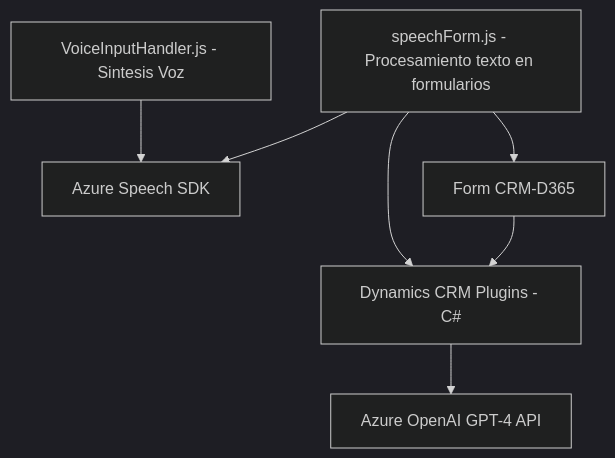
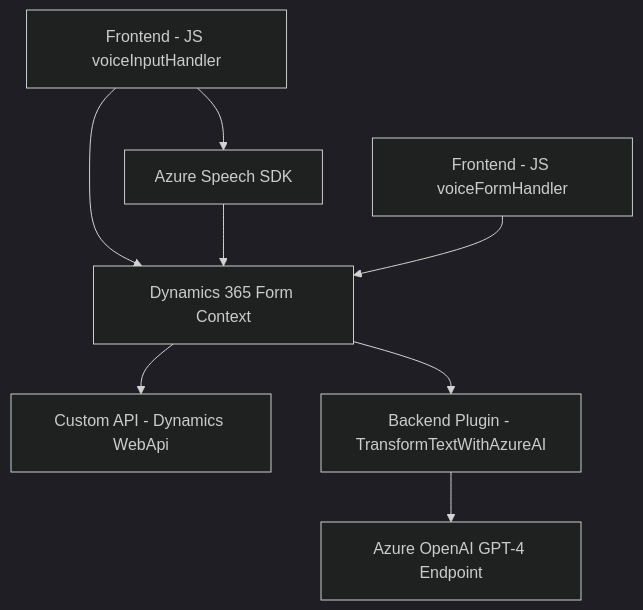
One commit to blopezdm/NETCORE_BILBAO2025 changed the diagram in README.md. Above: the diagram before and after it, drawn with Mermaid (dark theme). The commit also changed other lines of this file, not shown here.

````diff
--- a/README.md
+++ b/README.md
@@ -29,16 +40,10 @@
 ```mermaid
 graph TD
-    A["VoiceInputHandler.js - Sintesis Voz"]
-    B["speechForm.js - Procesamiento texto en formularios"]
-    C["Dynamics CRM Plugins - C#"]
-    D["Azure Speech SDK"]
-    E["Azure OpenAI GPT-4 API"]
-    F["Form CRM-D365"]
-    
-    A --> D
-    B --> D
-    B --> F
-    C --> E
-    B --> C
-    F --> C
+  A["Frontend - JS voiceInputHandler"] --> B["Azure Speech SDK"]
+  A --> C["Dynamics 365 Form Context"]
+  B --> C
+  C --> D["Custom API - Dynamics WebApi"]
+  E["Frontend - JS voiceFormHandler"] --> C
+  F["Backend Plugin - TransformTextWithAzureAI"] --> G["Azure OpenAI GPT-4 Endpoint"]
+  C --> F
 ```
````
